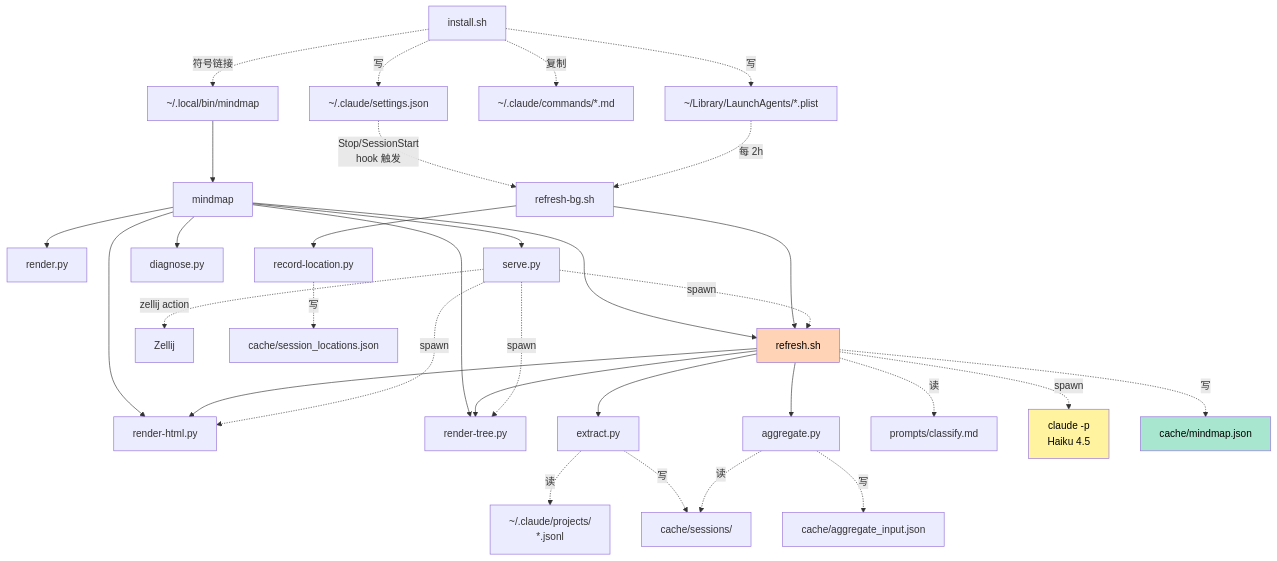
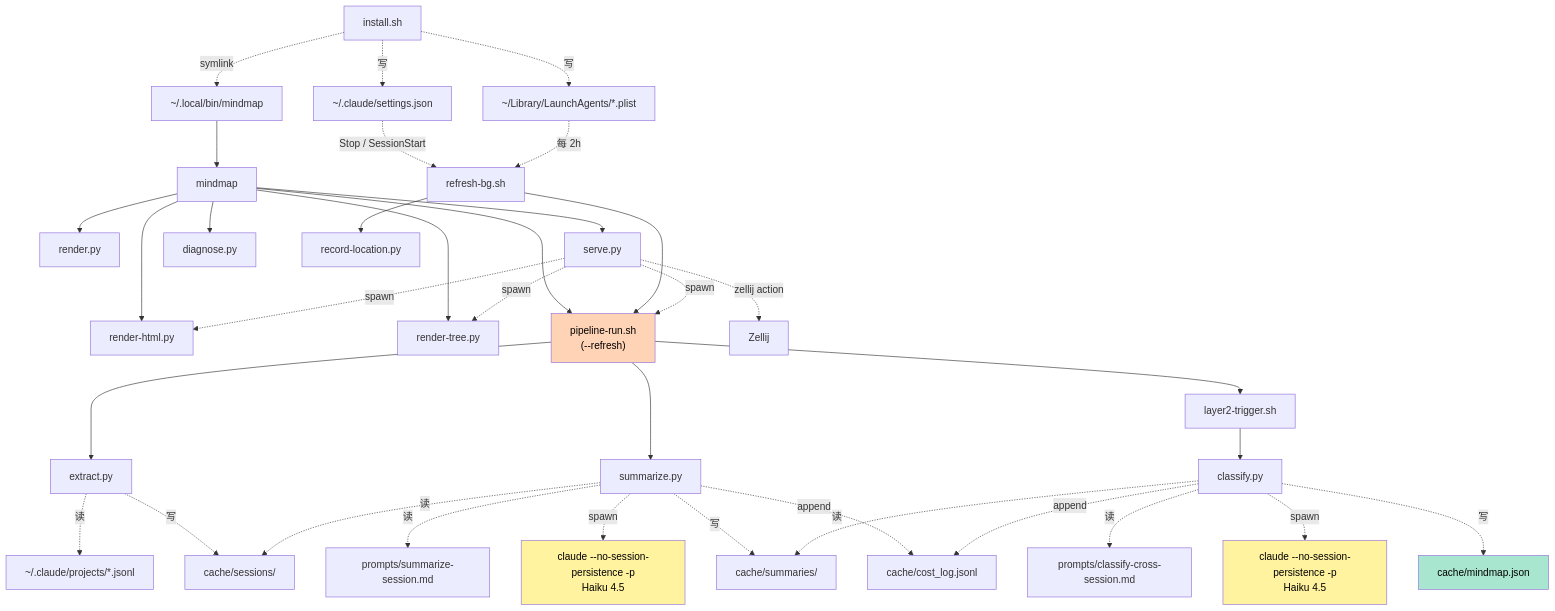
One commit to Icesource/claude-code-worktree changed the second of 8 diagrams in docs/zh-CN/ARCHITECTURE.md. Above: the diagram before and after it, drawn with Mermaid. The commit also changed other lines of this file and 1 other file, not shown here.

````diff
--- a/docs/zh-CN/ARCHITECTURE.md
+++ b/docs/zh-CN/ARCHITECTURE.md
@@ -135,44 +139,50 @@
 ```mermaid
 graph TD
     install["install.sh"] -.->|写| set["~/.claude/settings.json"]
-    install -.->|符号链接| sym["~/.local/bin/mindmap"]
-    install -.->|复制| sc["~/.claude/commands/*.md"]
+    install -.->|symlink| sym["~/.local/bin/mindmap"]
     install -.->|写| la["~/Library/LaunchAgents/*.plist"]
 
-    set -.->|"Stop/SessionStart<br/>hook 触发"| bg["refresh-bg.sh"]
+    set -.->|"Stop / SessionStart"| bg["refresh-bg.sh"]
     la -.->|"每 2h"| bg
     sym --> mm["mindmap"]
 
     mm --> render["render.py"]
     mm --> rh["render-html.py"]
     mm --> rt["render-tree.py"]
     mm --> srv["serve.py"]
     mm --> diag["diagnose.py"]
-    mm --> rfsh["refresh.sh"]
+    mm --> prun["pipeline-run.sh<br/>(--refresh)"]
 
     bg --> rec["record-location.py"]
-    bg --> rfsh
+    bg --> prun
 
-    rfsh --> ext["extract.py"]
-    rfsh --> agg["aggregate.py"]
-    rfsh -.->|读| pmpt["prompts/classify.md"]
-    rfsh --> rh
-    rfsh --> rt
-    rfsh -.->|spawn| claude["claude -p<br/>Haiku 4.5"]
+    prun --> ext["extract.py"]
+    prun --> sum["summarize.py"]
+    prun --> trig["layer2-trigger.sh"]
+    trig --> cls["classify.py"]
+
+    sum -.->|读| p1["prompts/summarize-session.md"]
+    cls -.->|读| p2["prompts/classify-cross-session.md"]
+
+    sum -.->|spawn| claude1["claude --no-session-persistence -p<br/>Haiku 4.5"]
+    cls -.->|spawn| claude2["claude --no-session-persistence -p<br/>Haiku 4.5"]
 
     srv -.->|spawn| rh
     srv -.->|spawn| rt
-    srv -.->|spawn| rfsh
+    srv -.->|spawn| prun
     srv -.->|"zellij action"| zj["Zellij"]
 
-    ext -.->|读| jl["~/.claude/projects/<br/>*.jsonl"]
+    ext -.->|读| jl["~/.claude/projects/*.jsonl"]
     ext -.->|写| sess["cache/sessions/"]
-    agg -.->|读| sess
-    agg -.->|写| agi["cache/aggregate_input.json"]
-    rec -.->|写| loc["cache/session_locations.json"]
-    rfsh -.->|写| mj["cache/mindmap.json"]
+    sum -.->|读| sess
+    sum -.->|写| sumdir["cache/summaries/"]
+    cls -.->|读| sumdir
+    cls -.->|写| mj["cache/mindmap.json"]
+    sum -.->|append| cl["cache/cost_log.jsonl"]
+    cls -.->|append| cl
 
     style mj fill:#a8e6cf,color:#000
-    style claude fill:#fff3a0,color:#000
-    style rfsh fill:#ffd3b6,color:#000
+    style claude1 fill:#fff3a0,color:#000
+    style claude2 fill:#fff3a0,color:#000
+    style prun fill:#ffd3b6,color:#000
 ```
````
